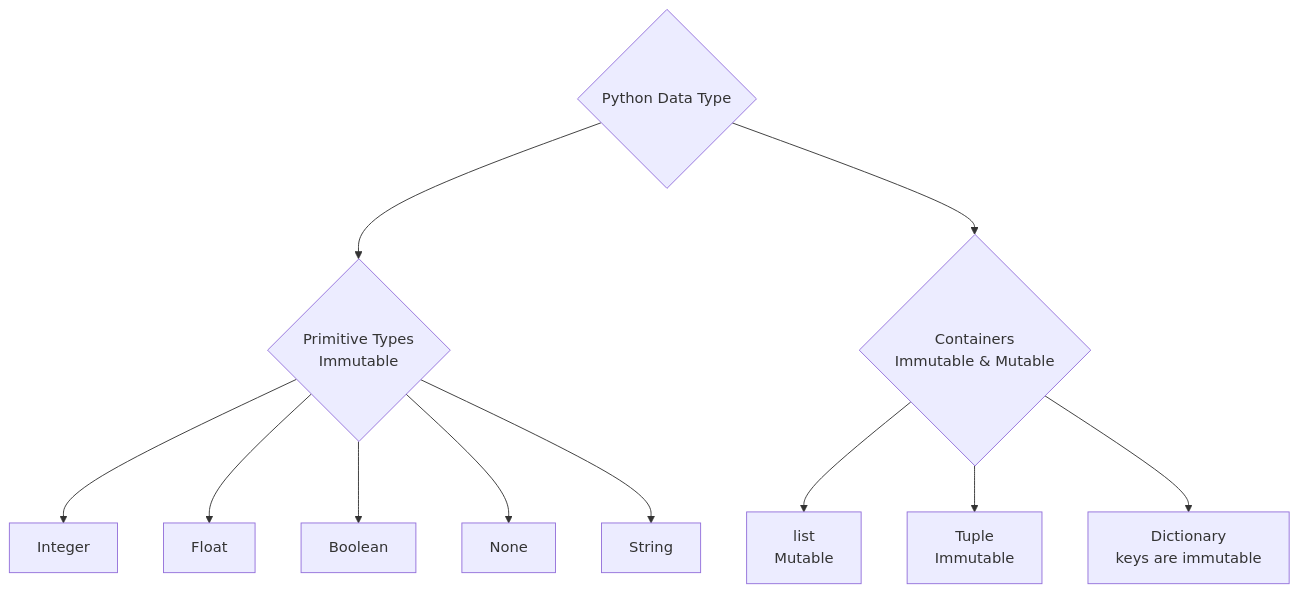
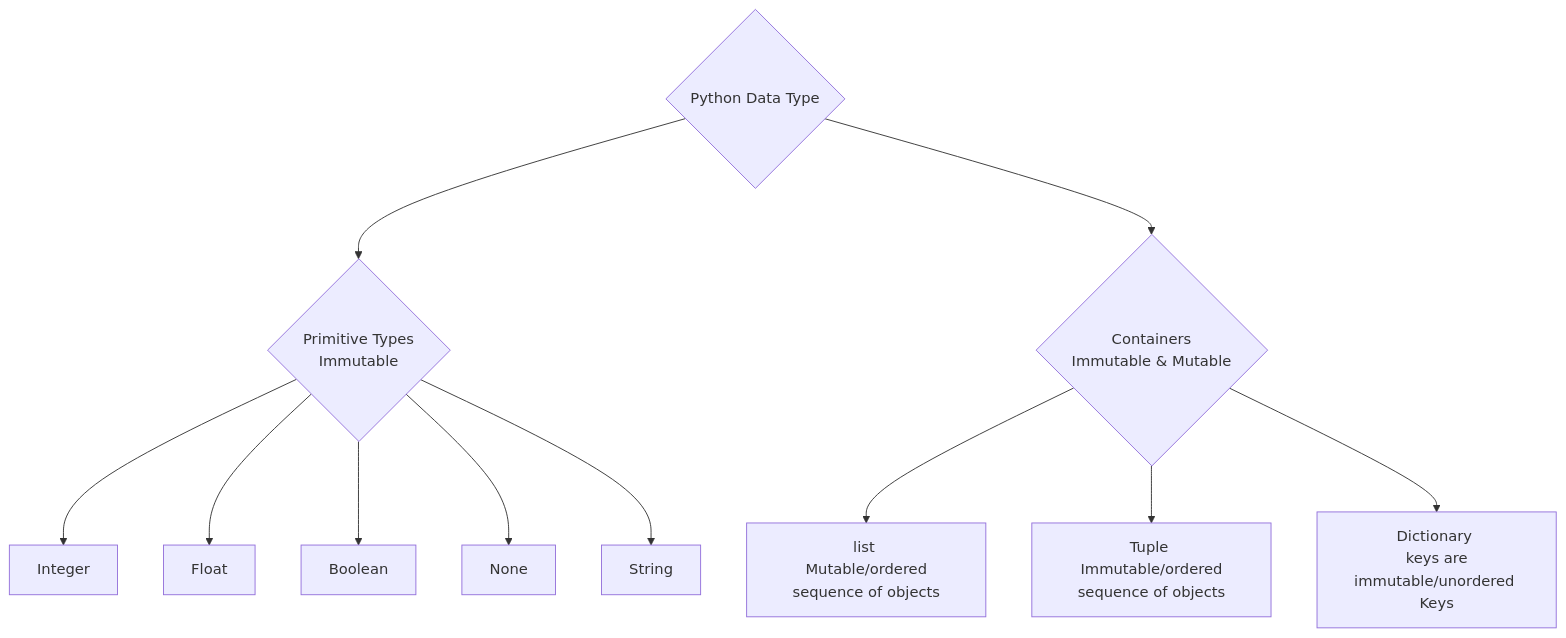
One commit to australiaitgroup/python-web-introduction-wiki changed the diagram in 入门班17期/Python/Python_2.md. Above: the diagram before and after it, drawn with Mermaid. The commit also changed other lines of this file, not shown here.

````diff
--- a/入门班17期/Python/Python_2.md
+++ b/入门班17期/Python/Python_2.md
@@ -16,13 +16,13 @@
 ```mermaid
 graph TB;
     a{"Python Data Type"}-->b{"Primitive Types \n Immutable"};
     b-->c["Integer"];
     b-->d["Float"];
     b-->e["Boolean"];
     b-->f["None"];
     b-->g["String"];
     a-->h{"Containers \n Immutable & Mutable"};
-    h-->i["list \n Mutable"];
-    h-->j["Tuple \n Immutable"];
-    h-->k["Dictionary \n keys are immutable"]
+    h-->i["list \n Mutable/ordered sequence of objects"];
+    h-->j["Tuple \n Immutable/ordered sequence of objects"];
+    h-->k["Dictionary \n keys are immutable/unordered Keys"]
 ```
````
